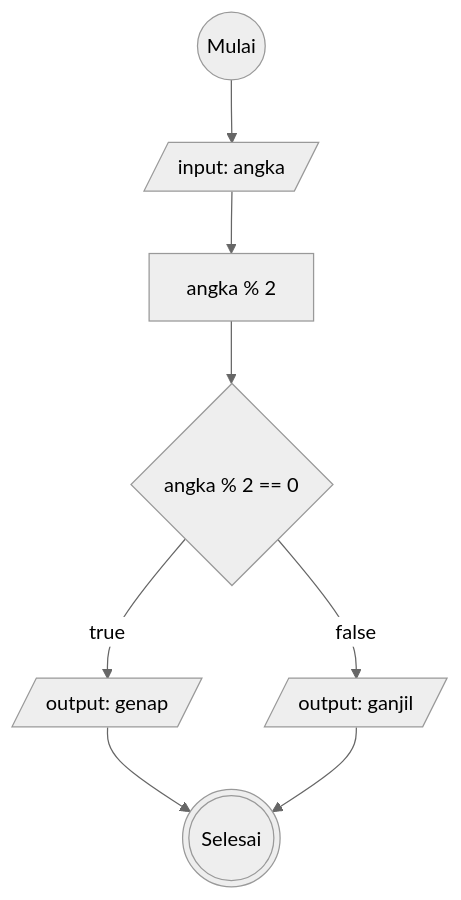
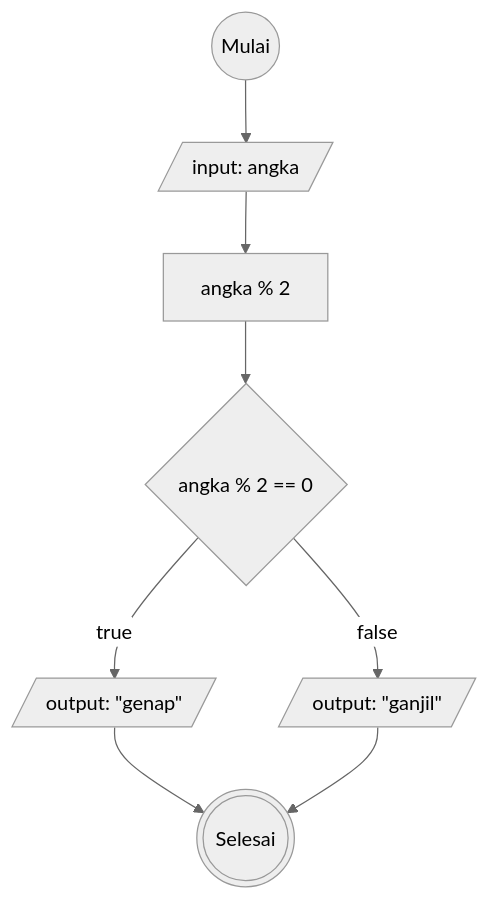
The diagram in flowchart-ganjil-genap.md (Arif14377/koda-b6-algoritma), drawn with Mermaid (neutral theme) before and after one commit.

````diff
--- a/flowchart-ganjil-genap.md
+++ b/flowchart-ganjil-genap.md
@@ -1,19 +1,19 @@
 ```mermaid
 flowchart TD
 start@{shape: circle, label: "Mulai"}
 stop@{shape: dbl-circ, label: "Selesai"}
 input@{ shape: lean-r, label: "input: angka"}
 proses@{ shape: rect, label: "angka % 2" }
 decision@{ shape: diamond, label: "angka % 2 == 0" }
-ganjil@{ shape: lean-r, label: "output: ganjil"}
-genap@{ shape: lean-r, label: "output: genap"}
+ganjil@{ shape: lean-r, label: 'output: "ganjil"'}
+genap@{ shape: lean-r, label: 'output: "genap"'}
 
  start-->input
  input-->proses
  proses-->decision
  decision-- true --> genap
  decision-- false --> ganjil
  genap-->stop
  ganjil-->stop
 
 ```
````
